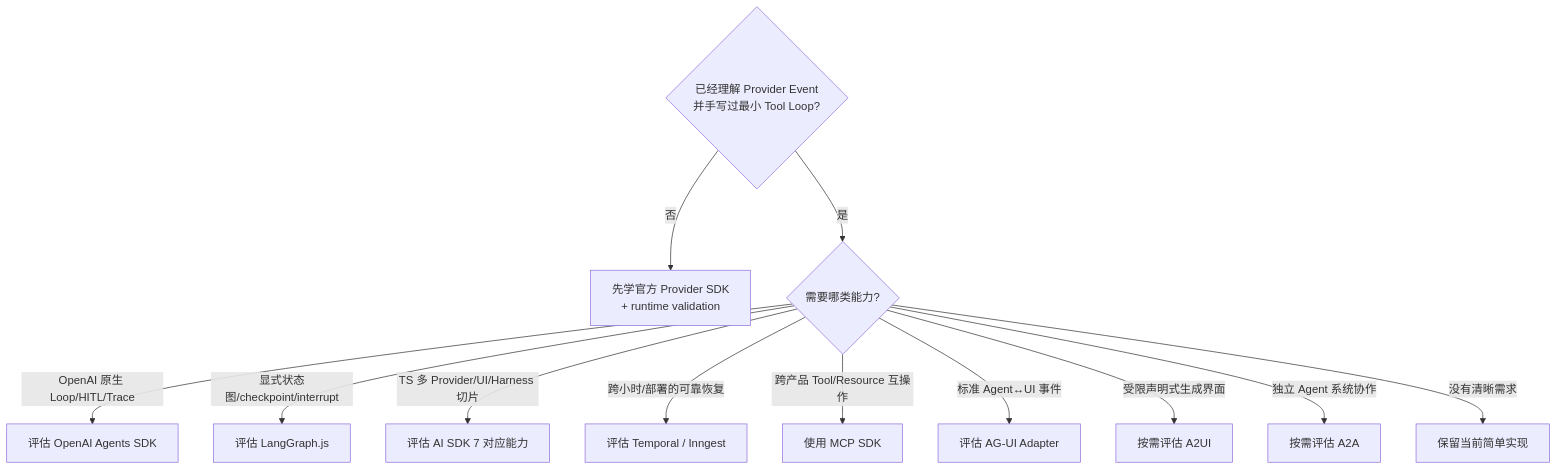
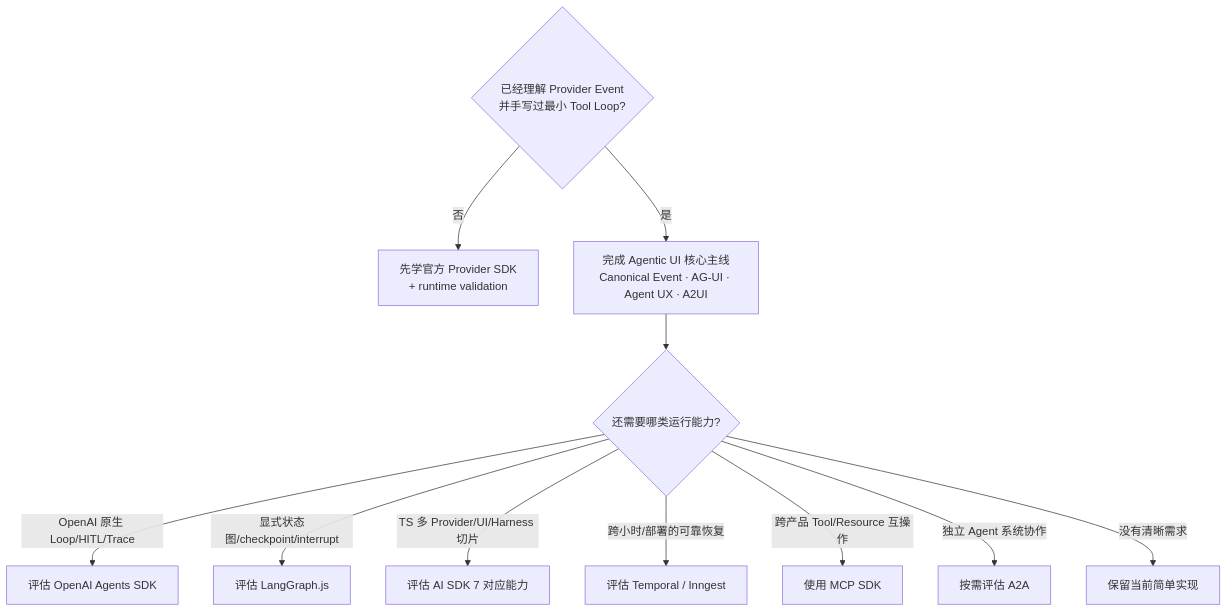
Before and after one commit to whatthehan/masterpiece-static-docs: the diagram in site/05-模型接口与Agent内核/08-框架与SDK学习优先级.md, drawn with Mermaid. The commit also changed other lines of this file and 165 other files, not shown here.

````diff
--- a/site/05-模型接口与Agent内核/08-框架与SDK学习优先级.md
+++ b/site/05-模型接口与Agent内核/08-框架与SDK学习优先级.md
@@ -180,14 +182,13 @@
 ```mermaid
 flowchart TD
     A{"已经理解 Provider Event<br/>并手写过最小 Tool Loop?"} -->|否| B["先学官方 Provider SDK<br/>+ runtime validation"]
-    A -->|是| C{"需要哪类能力?"}
+    A -->|是| U["完成 Agentic UI 核心主线<br/>Canonical Event · AG-UI · Agent UX · A2UI"]
+    U --> C{"还需要哪类运行能力?"}
     C -->|OpenAI 原生 Loop/HITL/Trace| D["评估 OpenAI Agents SDK"]
     C -->|显式状态图/checkpoint/interrupt| E["评估 LangGraph.js"]
     C -->|TS 多 Provider/UI/Harness 切片| F["评估 AI SDK 7 对应能力"]
     C -->|跨小时/部署的可靠恢复| G["评估 Temporal / Inngest"]
     C -->|跨产品 Tool/Resource 互操作| H["使用 MCP SDK"]
-    C -->|标准 Agent↔UI 事件| J["评估 AG-UI Adapter"]
-    C -->|受限声明式生成界面| K["按需评估 A2UI"]
     C -->|独立 Agent 系统协作| L["按需评估 A2A"]
     C -->|没有清晰需求| I["保留当前简单实现"]
 ```
````
